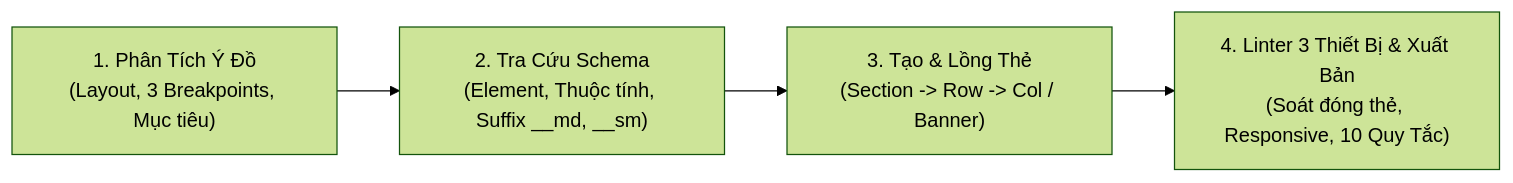
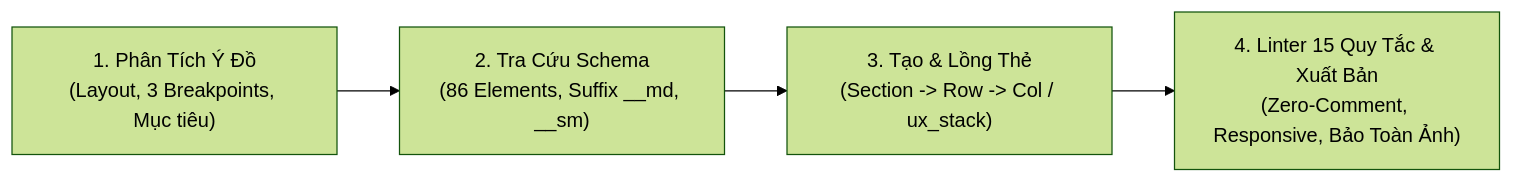
One commit to tuankietdigital/flatsome-ux-builder changed the diagram in SKILL.md. Above: the diagram before and after it, drawn with Mermaid (forest theme). The commit also changed other lines of this file and 8 other files, not shown here.

````diff
--- a/SKILL.md
+++ b/SKILL.md
@@ -81,6 +77,6 @@
 ```mermaid
 flowchart LR
-    Step1["1. Phân Tích Ý Đồ\n(Layout, 3 Breakpoints, Mục tiêu)"] --> Step2["2. Tra Cứu Schema\n(Element, Thuộc tính, Suffix __md, __sm)"]
-    Step2 --> Step3["3. Tạo & Lồng Thẻ\n(Section -> Row -> Col / Banner)"]
-    Step3 --> Step4["4. Linter 3 Thiết Bị & Xuất Bản\n(Soát đóng thẻ, Responsive, 10 Quy Tắc)"]
+    Step1["1. Phân Tích Ý Đồ\n(Layout, 3 Breakpoints, Mục tiêu)"] --> Step2["2. Tra Cứu Schema\n(86 Elements, Suffix __md, __sm)"]
+    Step2 --> Step3["3. Tạo & Lồng Thẻ\n(Section -> Row -> Col / ux_stack)"]
+    Step3 --> Step4["4. Linter 15 Quy Tắc & Xuất Bản\n(Zero-Comment, Responsive, Bảo Toàn Ảnh)"]
 ```
````
